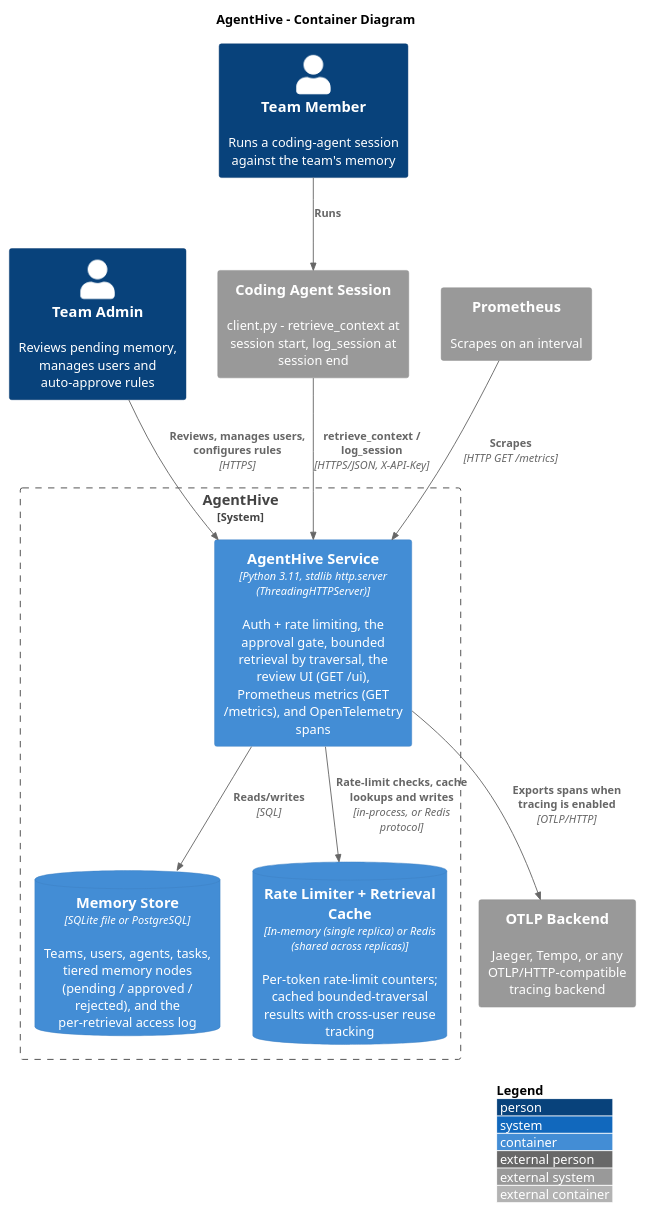
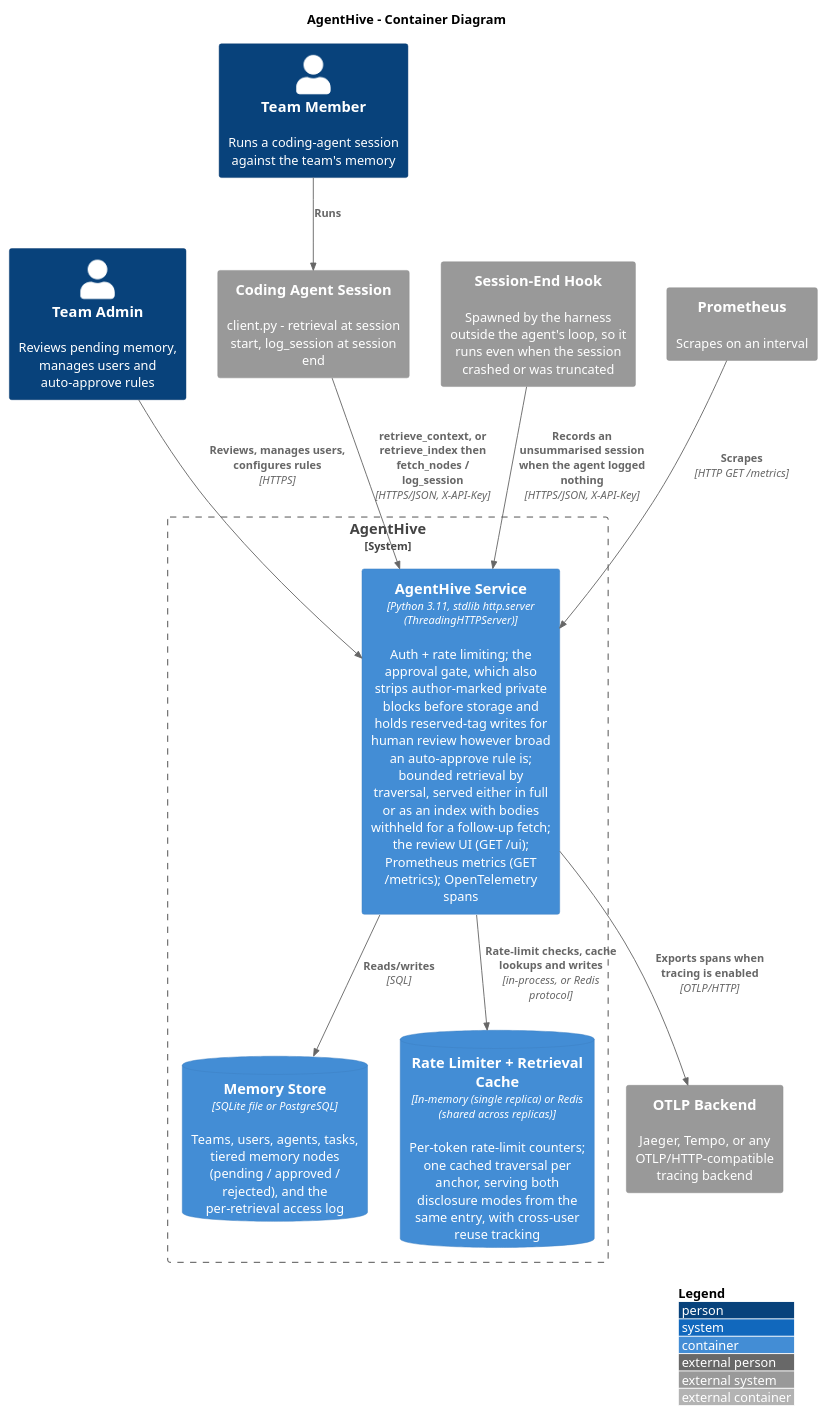
One commit to polarpoint-io/agenthive changed the diagram in docs/diagrams/c4-container.puml. Above: the diagram before and after it, drawn with PlantUML. The commit also changed 4 other files, not shown here.

First line of the commit message:
docs: document progressive disclosure, reserved tags and redaction

```diff
--- a/docs/diagrams/c4-container.puml
+++ b/docs/diagrams/c4-container.puml
@@ -1,28 +1,30 @@
 @startuml
 !include https://raw.githubusercontent.com/plantuml-stdlib/C4-PlantUML/master/C4_Container.puml
 
 LAYOUT_WITH_LEGEND()
 title AgentHive - Container Diagram
 
 Person(admin, "Team Admin", "Reviews pending memory, manages users and auto-approve rules")
 Person(member, "Team Member", "Runs a coding-agent session against the team's memory")
 
-System_Ext(coding_agent, "Coding Agent Session", "client.py - retrieve_context at session start, log_session at session end")
+System_Ext(coding_agent, "Coding Agent Session", "client.py - retrieval at session start, log_session at session end")
+System_Ext(session_hook, "Session-End Hook", "Spawned by the harness outside the agent's loop, so it runs even when the session crashed or was truncated")
 System_Ext(otel_backend, "OTLP Backend", "Jaeger, Tempo, or any OTLP/HTTP-compatible tracing backend")
 System_Ext(prometheus, "Prometheus", "Scrapes on an interval")
 
 System_Boundary(agenthive, "AgentHive") {
-  Container(api, "AgentHive Service", "Python 3.11, stdlib http.server (ThreadingHTTPServer)", "Auth + rate limiting, the approval gate, bounded retrieval by traversal, the review UI (GET /ui), Prometheus metrics (GET /metrics), and OpenTelemetry spans")
+  Container(api, "AgentHive Service", "Python 3.11, stdlib http.server (ThreadingHTTPServer)", "Auth + rate limiting; the approval gate, which also strips author-marked private blocks before storage and holds reserved-tag writes for human review however broad an auto-approve rule is; bounded retrieval by traversal, served either in full or as an index with bodies withheld for a follow-up fetch; the review UI (GET /ui); Prometheus metrics (GET /metrics); OpenTelemetry spans")
   ContainerDb(db, "Memory Store", "SQLite file or PostgreSQL", "Teams, users, agents, tasks, tiered memory nodes (pending / approved / rejected), and the per-retrieval access log")
-  ContainerDb(cache, "Rate Limiter + Retrieval Cache", "In-memory (single replica) or Redis (shared across replicas)", "Per-token rate-limit counters; cached bounded-traversal results with cross-user reuse tracking")
+  ContainerDb(cache, "Rate Limiter + Retrieval Cache", "In-memory (single replica) or Redis (shared across replicas)", "Per-token rate-limit counters; one cached traversal per anchor, serving both disclosure modes from the same entry, with cross-user reuse tracking")
 }
 
 Rel(member, coding_agent, "Runs")
-Rel(coding_agent, api, "retrieve_context / log_session", "HTTPS/JSON, X-API-Key")
+Rel(coding_agent, api, "retrieve_context, or retrieve_index then fetch_nodes / log_session", "HTTPS/JSON, X-API-Key")
+Rel(session_hook, api, "Records an unsummarised session when the agent logged nothing", "HTTPS/JSON, X-API-Key")
 Rel(admin, api, "Reviews, manages users, configures rules", "HTTPS")
 Rel(api, db, "Reads/writes", "SQL")
 Rel(api, cache, "Rate-limit checks, cache lookups and writes", "in-process, or Redis protocol")
 Rel(api, otel_backend, "Exports spans when tracing is enabled", "OTLP/HTTP")
 Rel(prometheus, api, "Scrapes", "HTTP GET /metrics")
 
 @enduml
```
